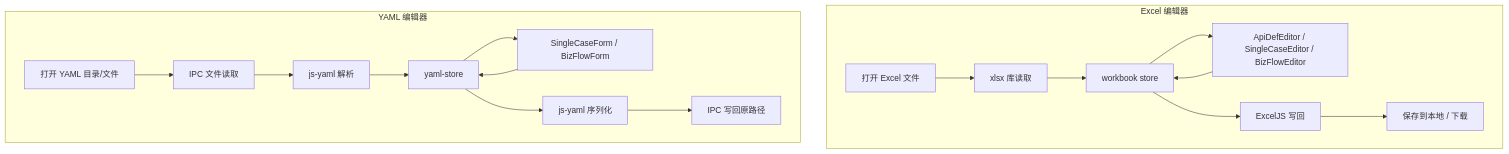
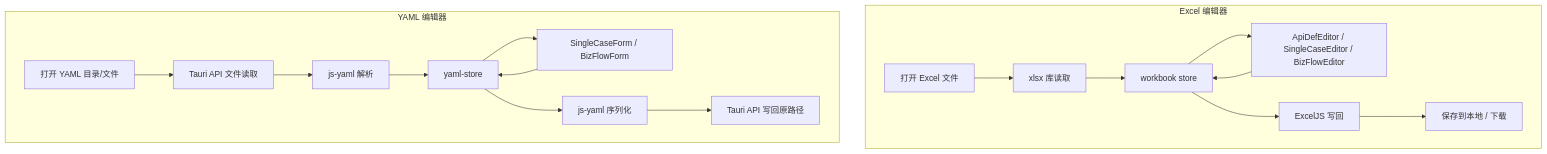
One commit to Remon-16/flow-forge changed the second of 2 diagrams in case-editor/README.md. Above: the diagram before and after it, drawn with Mermaid. The commit also changed other lines of this file and 42 other files, not shown here.

````diff
--- a/case-editor/README.md
+++ b/case-editor/README.md
@@ -97,21 +97,21 @@
 ```mermaid
 graph TD
     subgraph Excel 编辑器
         OPEN_E[打开 Excel 文件] --> READ_E[xlsx 库读取]
         READ_E --> STORE_E[workbook store]
         STORE_E --> EDITORS[ApiDefEditor / SingleCaseEditor / BizFlowEditor]
         EDITORS --> STORE_E
         STORE_E --> WRITE_E[ExcelJS 写回]
         WRITE_E --> SAVE_E[保存到本地 / 下载]
     end
 
     subgraph YAML 编辑器
-        OPEN_Y[打开 YAML 目录/文件] --> READ_Y[IPC 文件读取]
+        OPEN_Y[打开 YAML 目录/文件] --> READ_Y[Tauri API 文件读取]
         READ_Y --> PARSE_Y[js-yaml 解析]
         PARSE_Y --> STORE_Y[yaml-store]
         STORE_Y --> FORMS[SingleCaseForm / BizFlowForm]
         FORMS --> STORE_Y
         STORE_Y --> STRINGIFY[js-yaml 序列化]
-        STRINGIFY --> WRITE_Y[IPC 写回原路径]
+        STRINGIFY --> WRITE_Y[Tauri API 写回原路径]
     end
 ```
````
